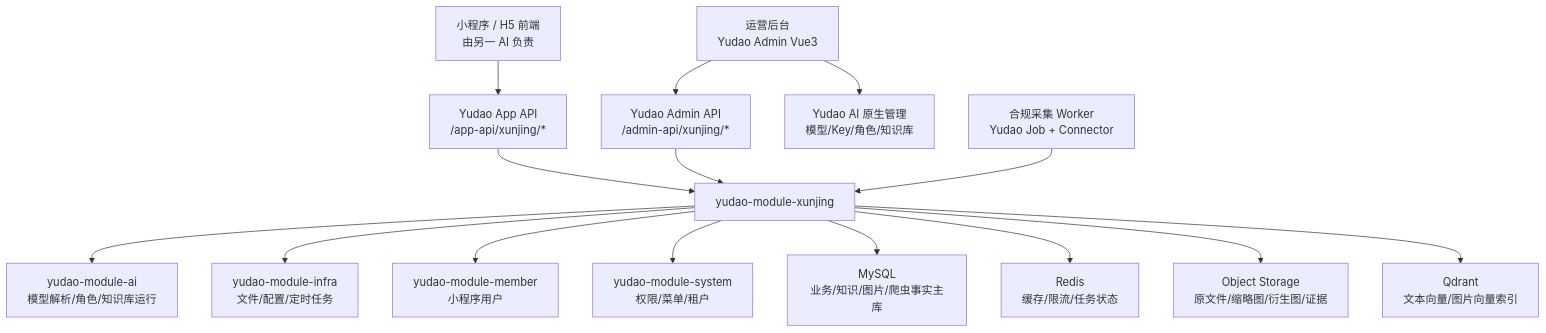
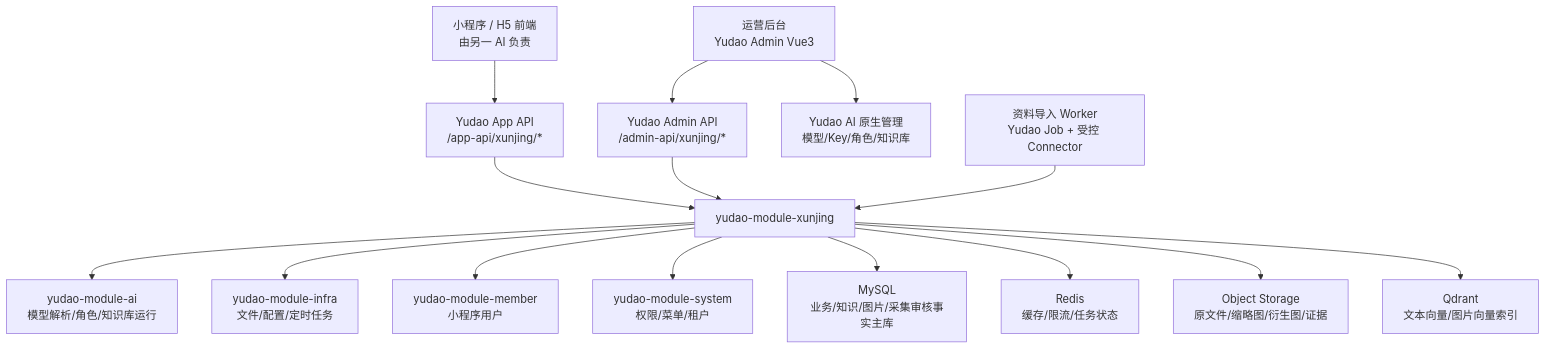
The first of 5 diagrams in docs/02_开发规划/星河寻境一期后台Yudao架构规划.md (chaoliuhihi-web/xunjing), drawn with Mermaid before and after one commit. The commit also changed other lines of this file and 5 other files, not shown here.

````diff
--- a/docs/02_开发规划/星河寻境一期后台Yudao架构规划.md
+++ b/docs/02_开发规划/星河寻境一期后台Yudao架构规划.md
@@ -190,21 +190,21 @@
 ```mermaid
 flowchart TD
   App["小程序 / H5 前端\n由另一 AI 负责"] --> AppAPI["Yudao App API\n/app-api/xunjing/*"]
   Admin["运营后台\nYudao Admin Vue3"] --> AdminAPI["Yudao Admin API\n/admin-api/xunjing/*"]
 
   AppAPI --> XJ["yudao-module-xunjing"]
   AdminAPI --> XJ
   Admin --> YudaoAIUI["Yudao AI 原生管理\n模型/Key/角色/知识库"]
 
   XJ --> AI["yudao-module-ai\n模型解析/角色/知识库运行"]
   XJ --> Infra["yudao-module-infra\n文件/配置/定时任务"]
   XJ --> Member["yudao-module-member\n小程序用户"]
   XJ --> System["yudao-module-system\n权限/菜单/租户"]
 
-  XJ --> MySQL["MySQL\n业务/知识/图片/爬虫事实主库"]
+  XJ --> MySQL["MySQL\n业务/知识/图片/采集审核事实主库"]
   XJ --> Redis["Redis\n缓存/限流/任务状态"]
   XJ --> OSS["Object Storage\n原文件/缩略图/衍生图/证据"]
   XJ --> Qdrant["Qdrant\n文本向量/图片向量索引"]
 
-  Crawler["合规采集 Worker\nYudao Job + Connector"] --> XJ
+  Crawler["资料导入 Worker\nYudao Job + 受控 Connector"] --> XJ
 ```
````
